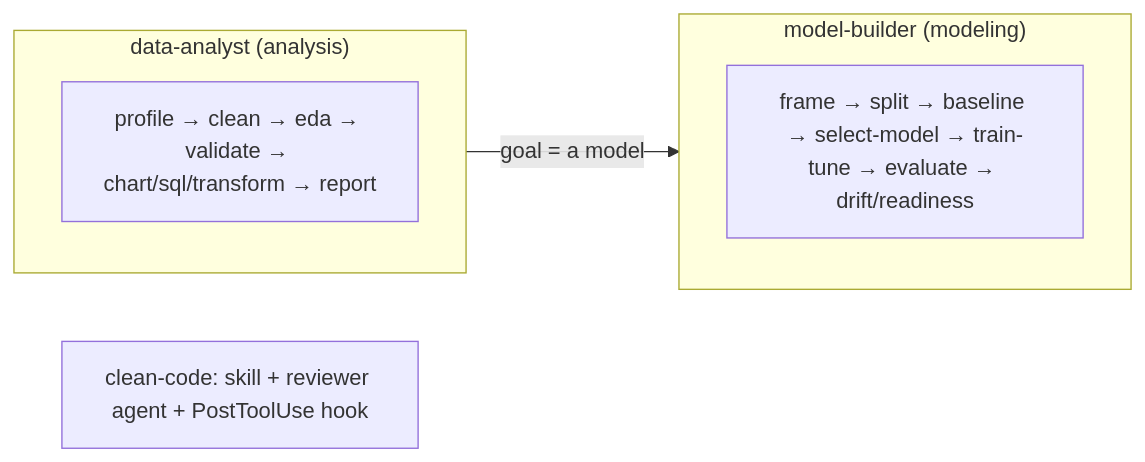
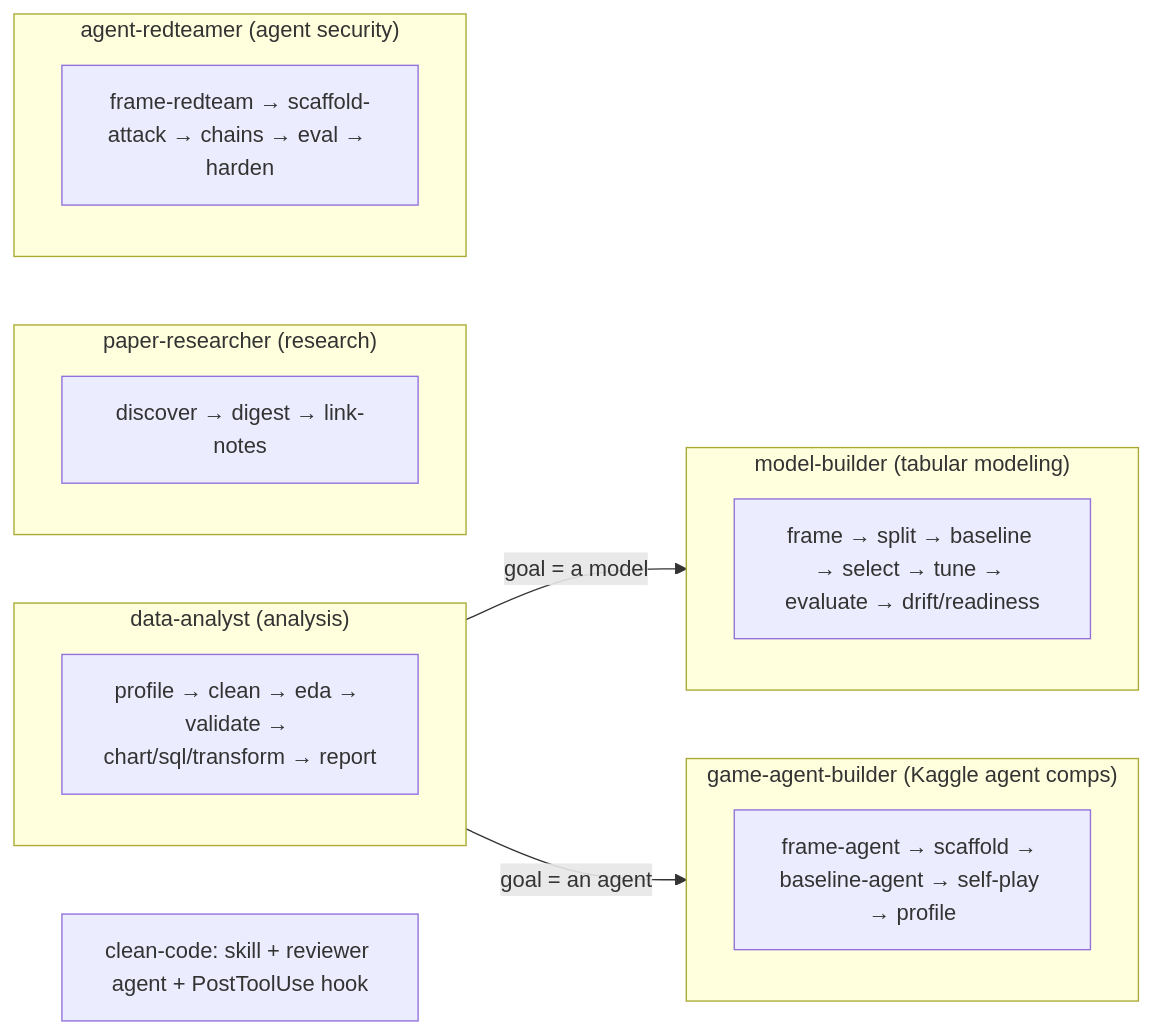
The diagram in CLAUDE.md (Alice-creator/claude-all-in-one-plugin), drawn with Mermaid before and after one commit. The commit also changed other lines of this file and 30 other files, not shown here.

````diff
--- a/CLAUDE.md
+++ b/CLAUDE.md
@@ -5,11 +5,21 @@
 ```mermaid
 flowchart LR
     subgraph AN["data-analyst (analysis)"]
         A1["profile → clean → eda → validate → chart/sql/transform → report"]
     end
-    subgraph ML["model-builder (modeling)"]
-        M1["frame → split → baseline → select-model → train-tune → evaluate → drift/readiness"]
+    subgraph ML["model-builder (tabular modeling)"]
+        M1["frame → split → baseline → select → tune → evaluate → drift/readiness"]
+    end
+    subgraph RP["paper-researcher (research)"]
+        R1["discover → digest → link-notes"]
+    end
+    subgraph GA["game-agent-builder (Kaggle agent comps)"]
+        G1["frame-agent → scaffold → baseline-agent → self-play → profile"]
+    end
+    subgraph SEC["agent-redteamer (agent security)"]
+        S1["frame-redteam → scaffold-attack → chains → eval → harden"]
     end
     AN -->|"goal = a model"| ML
+    AN -->|"goal = an agent"| GA
     CQ["clean-code: skill + reviewer agent + PostToolUse hook"]
 ```
````
